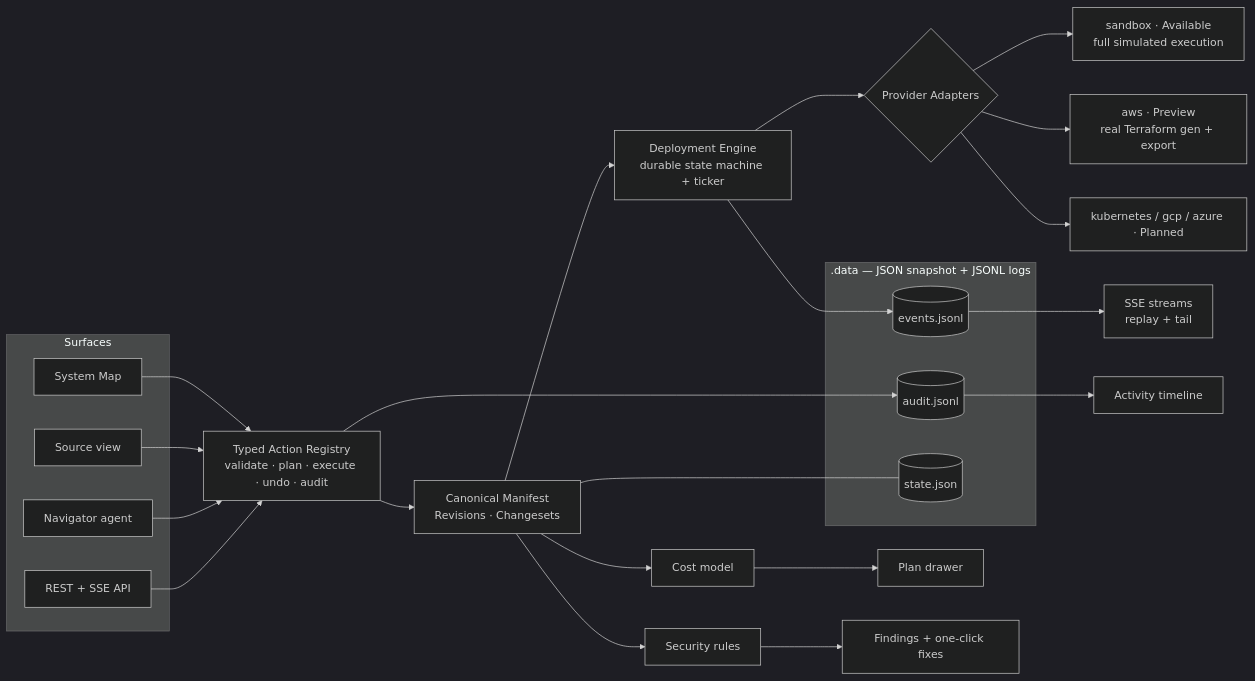
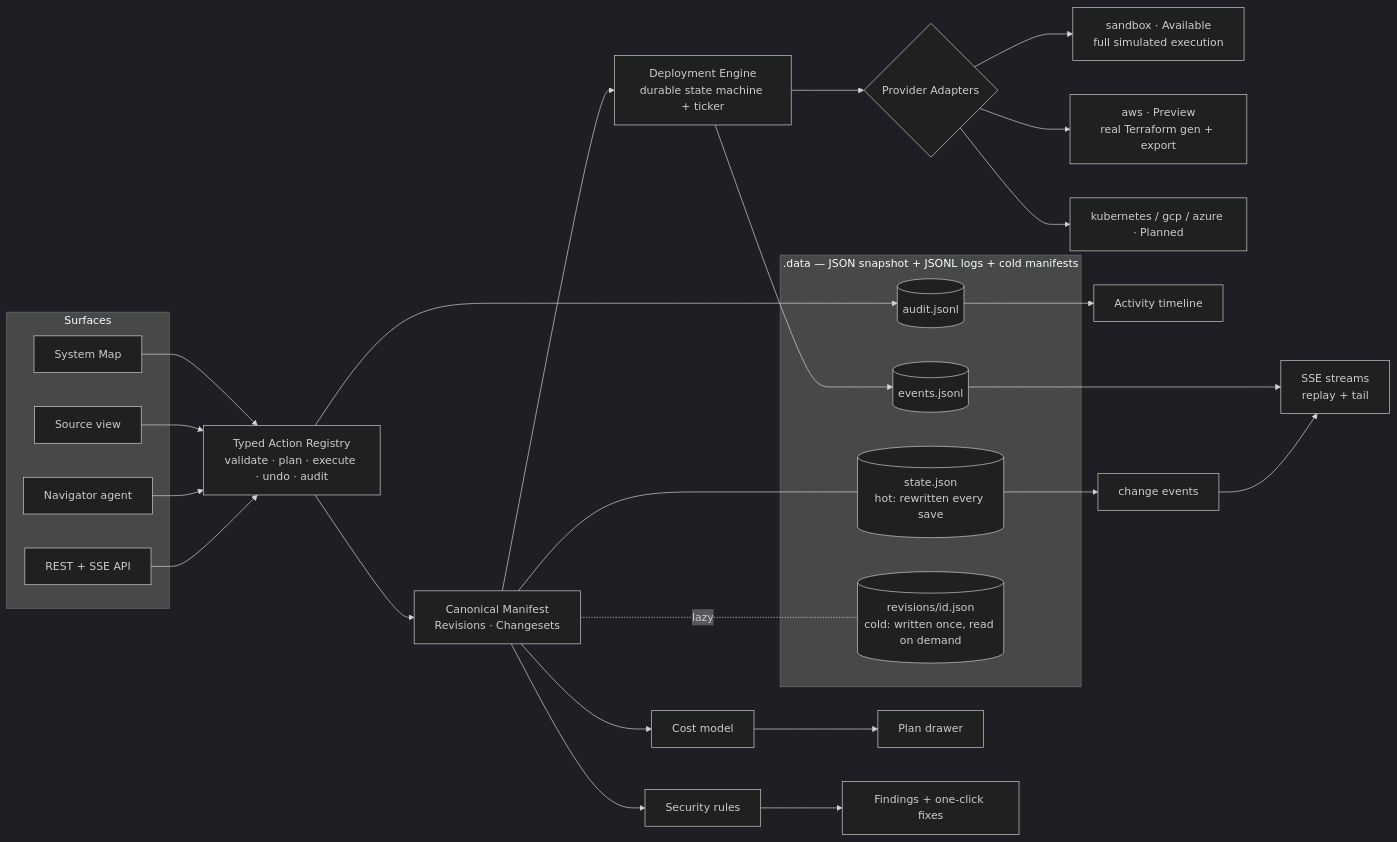
Before and after one commit to GODOSTROYER/zenith: the diagram in docs/ARCHITECTURE.md, drawn with Mermaid (dark theme). The commit also changed other lines of this file and 83 other files, not shown here.

````diff
--- a/docs/ARCHITECTURE.md
+++ b/docs/ARCHITECTURE.md
@@ -14,29 +14,32 @@
 ```mermaid
 flowchart LR
   subgraph Surfaces
     MAP[System Map]
     SRC[Source view]
     NAVI[Navigator agent]
     REST[REST + SSE API]
   end
   MAP --> ACT
   SRC --> ACT
   NAVI --> ACT
   REST --> ACT
   ACT[Typed Action Registry\nvalidate · plan · execute · undo · audit] --> DOM[Canonical Manifest\nRevisions · Changesets]
   DOM --> ENG[Deployment Engine\ndurable state machine + ticker]
   ENG --> PROV{Provider Adapters}
   PROV --> SBX[sandbox · Available\nfull simulated execution]
   PROV --> AWS[aws · Preview\nreal Terraform gen + export]
   PROV --> PLN[kubernetes / gcp / azure · Planned]
   ENG --> EVT[(events.jsonl)] --> SSE[SSE streams\nreplay + tail]
   ACT --> AUD[(audit.jsonl)] --> TL[Activity timeline]
   DOM --> COST[Cost model] --> PLAN[Plan drawer]
   DOM --> SECR[Security rules] --> FND[Findings + one-click fixes]
-  subgraph Store [.data — JSON snapshot + JSONL logs]
+  subgraph Store [.data — JSON snapshot + JSONL logs + cold manifests]
     EVT
     AUD
-    ST[(state.json)]
+    ST[(state.json\nhot: rewritten every save)]
+    REV[(revisions/id.json\ncold: written once, read on demand)]
   end
   DOM --- ST
+  DOM -.lazy.- REV
+  ST --> CHG[change events] --> SSE
 ```
````
